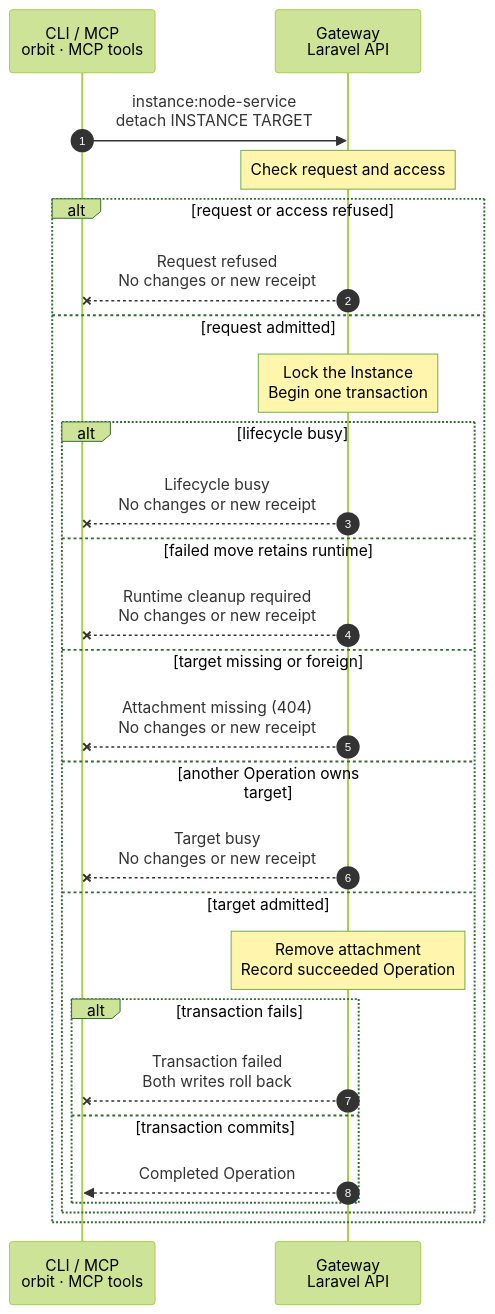
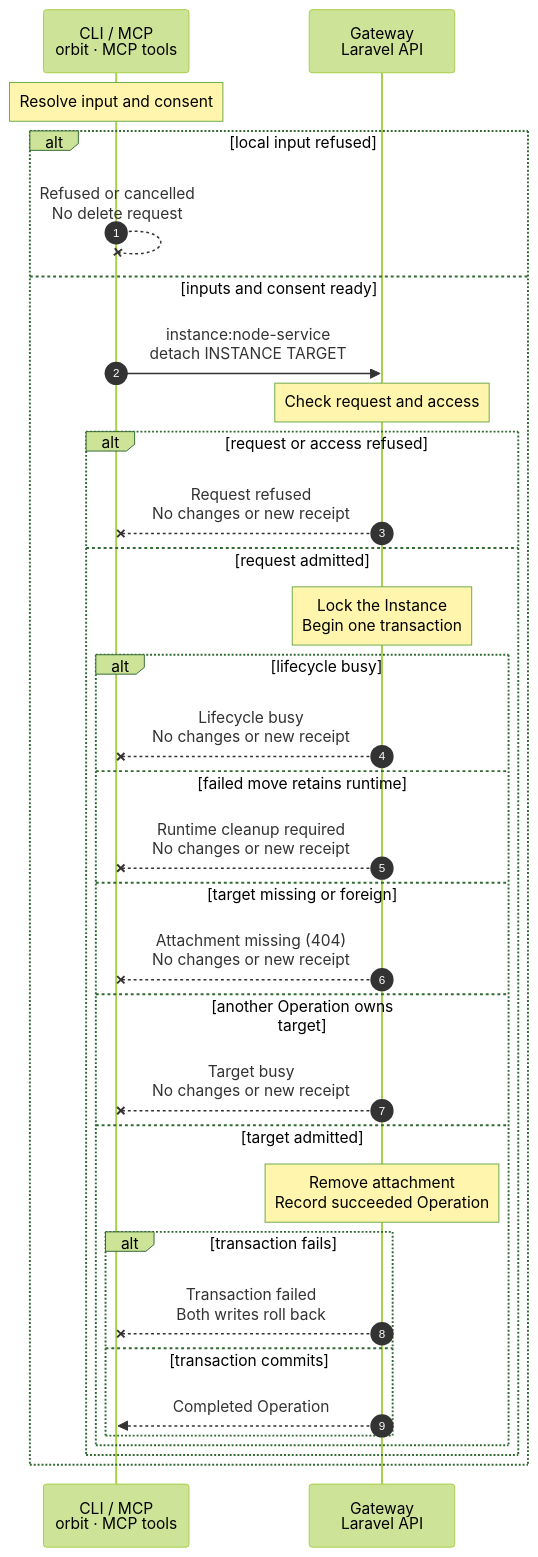
One commit to hardimpactdev/orbit changed the diagram in docs/cli/instance/node-service-detach.mmd. Above: the diagram before and after it, drawn with Mermaid (forest theme). The commit also changed 12 other files, not shown here.

Commit message:
fix(cli): repair node service validation prompts and flows

```diff
--- a/docs/cli/instance/node-service-detach.mmd
+++ b/docs/cli/instance/node-service-detach.mmd
@@ -1,56 +1,63 @@
 sequenceDiagram
   %% Record-only detach: the Gateway action and shared admission guards.
   %% status: draft
   %% command: instance:node-service:detach
   %% kind: instance.node_service_detach
   autonumber
   %% lane CALL icon=terminal pill=caller tone=gray
   %% lane GW icon=gateway pill=intent tone=blue
   participant CALL as CLI / MCP<br/>orbit · MCP tools
   participant GW as Gateway<br/>Laravel API
-  CALL->>GW: instance:node-service<br/>detach INSTANCE TARGET
-  %%> Command:
-  %%> - orbit instance:node-service:detach INSTANCE TARGET
-  %%> - syntax: instance:node-service:detach
-  %%> On failure:
-  %%> - Invalid numeric IDs refuse locally; the CLI requires confirmation before its delete request.
-  %%> - A JSON or noninteractive call without --yes returns instance.node_service_confirmation_required; declining or cancelling returns input.cancelled. Neither sends a request.
-  Note over GW: Check request and access
-  %%> On failure:
-  %%> - peer.identity_unknown or node_access.required (403): the caller lacks authority.
-  %%> - http.404 (404): the Instance cannot be resolved.
-  %%> - validation.failed (422) or operation.idempotency_conflict (409): the request key is invalid or conflicts.
-  %%> - Every refusal leaves state unchanged and creates no new receipt.
-  alt request or access refused
-    GW--xCALL: Request refused<br/>No changes or new receipt
-  else request admitted
-    Note over GW: Lock the Instance<br/>Begin one transaction
-    alt lifecycle busy
-      GW--xCALL: Lifecycle busy<br/>No changes or new receipt
-      %%> On failure:
-      %%> - instance.lifecycle_busy (409): the Instance is not active, migration is running or a detach is already running.
-    else failed move retains runtime
-      GW--xCALL: Runtime cleanup required<br/>No changes or new receipt
-      %%> On failure:
-      %%> - instance.node_service_runtime_cleanup_required (409): retry instance:migrate to finish or restore the move before detaching.
-    else target missing or foreign
-      GW--xCALL: Attachment missing (404)<br/>No changes or new receipt
-      %%> On failure:
-      %%> - instance.node_service_target_missing: the attachment must belong to the selected Instance.
-    else another Operation owns target
-      GW--xCALL: Target busy<br/>No changes or new receipt
-      %%> On failure:
-      %%> - operation.target_busy (409): the Instance's Operation lock is held.
-    else target admitted
-      Note over GW: Remove attachment<br/>Record succeeded Operation
-      %%> When:
-      %%> - The Instance uses its checkout or has completed migration successfully.
-      alt transaction fails
-        GW--xCALL: Transaction failed<br/>Both writes roll back
+  Note over CALL: Resolve input and consent
+  alt local input refused
+    CALL--xCALL: Refused or cancelled<br/>No delete request
+    %%> On failure:
+    %%> - instance.id_invalid and instance.node_service_target_id_invalid refuse invalid numeric IDs or missing noninteractive IDs.
+    %%> - instance.node_service_confirmation_required refuses a JSON or noninteractive call without --yes.
+    %%> - input.cancelled ends declined consent or a cancelled terminal selection before mutation.
+    %%> - State stays unchanged. Invalid supplied IDs, missing noninteractive IDs and missing noninteractive consent send no request. A terminal Instance selection can follow a registry read.
+  else inputs and consent ready
+    CALL->>GW: instance:node-service<br/>detach INSTANCE TARGET
+    %%> Command:
+    %%> - orbit instance:node-service:detach INSTANCE TARGET
+    %%> - syntax: instance:node-service:detach
+    Note over GW: Check request and access
+    %%> On failure:
+    %%> - peer.identity_unknown or node_access.required (403): the caller lacks authority.
+    %%> - http.404 (404): the Instance cannot be resolved.
+    %%> - validation.failed (422) or operation.idempotency_conflict (409): the request key is invalid or conflicts.
+    %%> - Every refusal leaves state unchanged and creates no new receipt.
+    alt request or access refused
+      GW--xCALL: Request refused<br/>No changes or new receipt
+    else request admitted
+      Note over GW: Lock the Instance<br/>Begin one transaction
+      alt lifecycle busy
+        GW--xCALL: Lifecycle busy<br/>No changes or new receipt
         %%> On failure:
-        %%> - The attachment remains and no new receipt is persisted, including no failed receipt.
-      else transaction commits
-        GW-->>CALL: Completed Operation
+        %%> - instance.lifecycle_busy (409): the Instance is not active, migration is running or a detach is already running.
+      else failed move retains runtime
+        GW--xCALL: Runtime cleanup required<br/>No changes or new receipt
+        %%> On failure:
+        %%> - instance.node_service_runtime_cleanup_required (409): retry instance:migrate to finish or restore the move before detaching.
+      else target missing or foreign
+        GW--xCALL: Attachment missing (404)<br/>No changes or new receipt
+        %%> On failure:
+        %%> - instance.node_service_target_missing: the attachment must belong to the selected Instance.
+      else another Operation owns target
+        GW--xCALL: Target busy<br/>No changes or new receipt
+        %%> On failure:
+        %%> - operation.target_busy (409): the Instance's Operation lock is held.
+      else target admitted
+        Note over GW: Remove attachment<br/>Record succeeded Operation
+        %%> When:
+        %%> - The Instance uses its checkout or has completed migration successfully.
+        alt transaction fails
+          GW--xCALL: Transaction failed<br/>Both writes roll back
+          %%> On failure:
+          %%> - The attachment remains and no new receipt is persisted, including no failed receipt.
+        else transaction commits
+          GW-->>CALL: Completed Operation
+        end
       end
     end
   end
```
